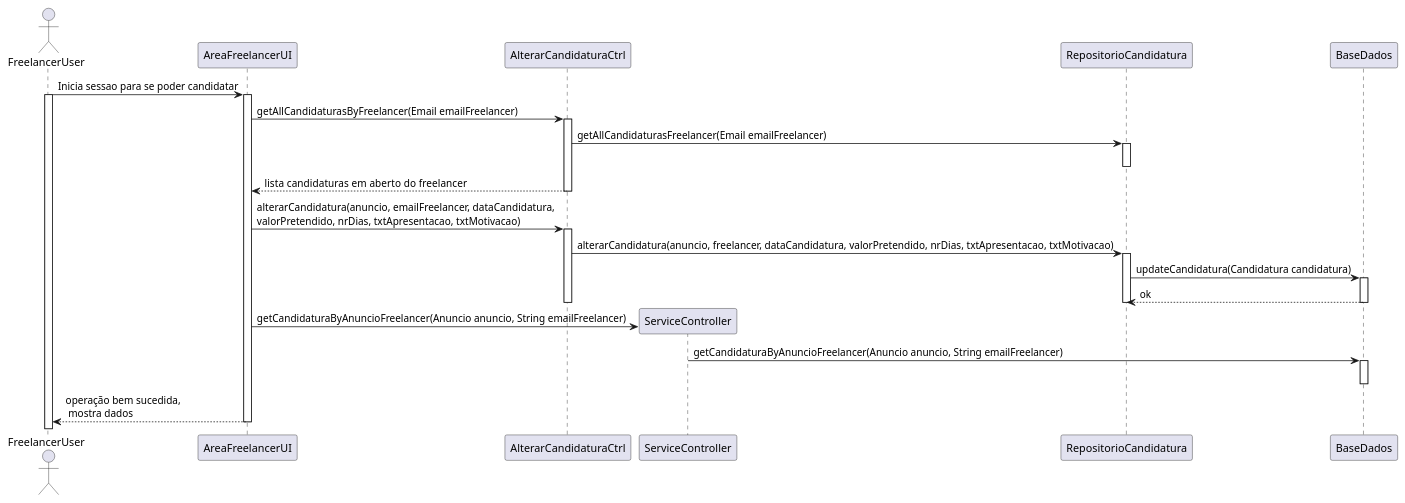
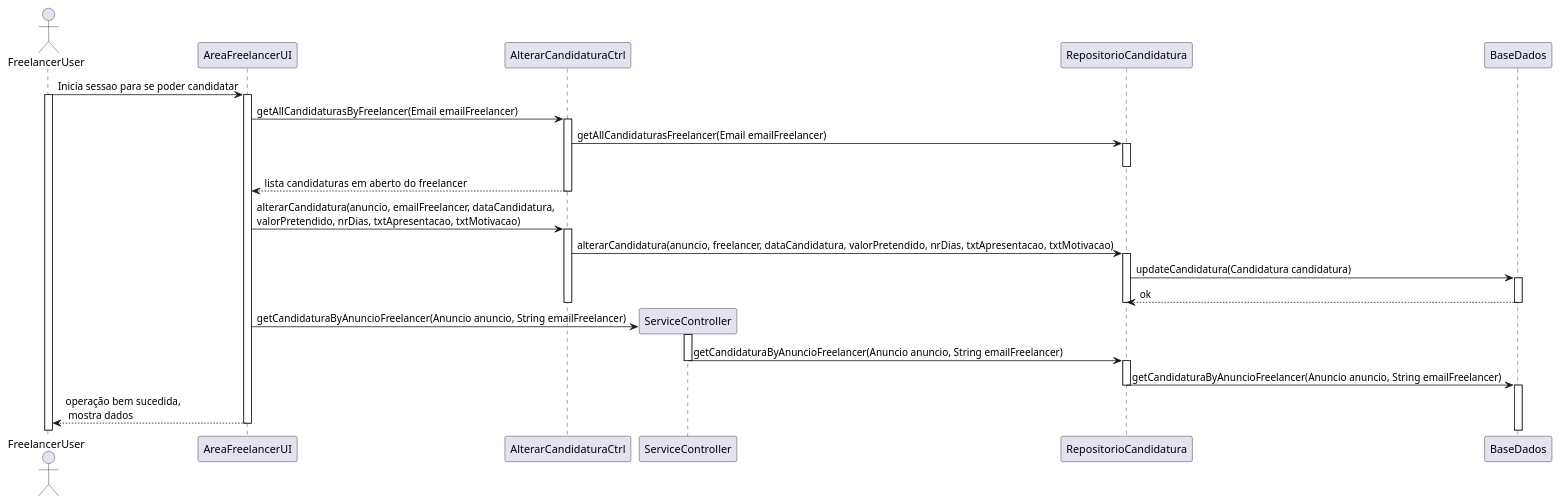
Before and after one commit to pedro-miguez/upskill_java1_labprg_grupo3: the diagram in Análise/UC11_Modificar_Candidatura/UC11_SD/UC11_SD.plantuml, drawn with PlantUML. The commit also changed 3 other files, not shown here.

```diff
--- a/Análise/UC11_Modificar_Candidatura/UC11_SD/UC11_SD.plantuml
+++ b/Análise/UC11_Modificar_Candidatura/UC11_SD/UC11_SD.plantuml
@@ -1,41 +1,47 @@
 @startuml 
 actor FreelancerUser as FreelancerUser
 participant AreaFreelancerUI
 participant AlterarCandidaturaCtrl
 
 participant ServiceController as sc
 
 FreelancerUser -> AreaFreelancerUI : Inicia sessao para se poder candidatar
 activate FreelancerUser
 activate AreaFreelancerUI
 AreaFreelancerUI -> AlterarCandidaturaCtrl : getAllCandidaturasByFreelancer(Email emailFreelancer)
 activate AlterarCandidaturaCtrl
 
 
 AlterarCandidaturaCtrl -> RepositorioCandidatura : getAllCandidaturasFreelancer(Email emailFreelancer)
 activate RepositorioCandidatura
 deactivate RepositorioCandidatura
 
 AlterarCandidaturaCtrl --> AreaFreelancerUI : lista candidaturas  em aberto do freelancer
 deactivate AlterarCandidaturaCtrl
 
 AreaFreelancerUI -> AlterarCandidaturaCtrl : alterarCandidatura(anuncio, emailFreelancer, dataCandidatura,\nvalorPretendido, nrDias, txtApresentacao, txtMotivacao)
 activate AlterarCandidaturaCtrl
 
 AlterarCandidaturaCtrl -> RepositorioCandidatura : alterarCandidatura(anuncio, freelancer, dataCandidatura, valorPretendido, nrDias, txtApresentacao, txtMotivacao)
 activate RepositorioCandidatura
 
 RepositorioCandidatura -> BaseDados : updateCandidatura(Candidatura candidatura)
 activate BaseDados
 RepositorioCandidatura <-- BaseDados : ok
 deactivate RepositorioCandidatura
 deactivate BaseDados
 
+
 deactivate AlterarCandidaturaCtrl
 AreaFreelancerUI -> sc ** : getCandidaturaByAnuncioFreelancer(Anuncio anuncio, String emailFreelancer)
-sc -> BaseDados: getCandidaturaByAnuncioFreelancer(Anuncio anuncio, String emailFreelancer)
+activate sc
+sc -> RepositorioCandidatura : getCandidaturaByAnuncioFreelancer(Anuncio anuncio, String emailFreelancer)
+deactivate sc
+activate RepositorioCandidatura
+RepositorioCandidatura -> BaseDados: getCandidaturaByAnuncioFreelancer(Anuncio anuncio, String emailFreelancer)
+deactivate RepositorioCandidatura
 activate BaseDados
 deactivate BaseDados
 AreaFreelancerUI --> FreelancerUser : operação bem sucedida, \n mostra dados
 deactivate AreaFreelancerUI
 @enduml
```
